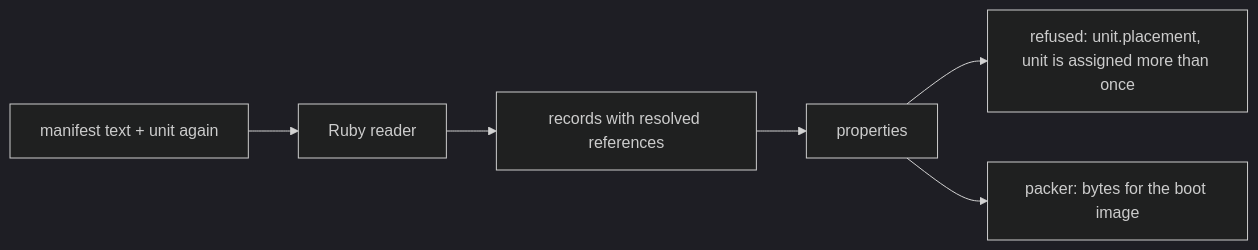
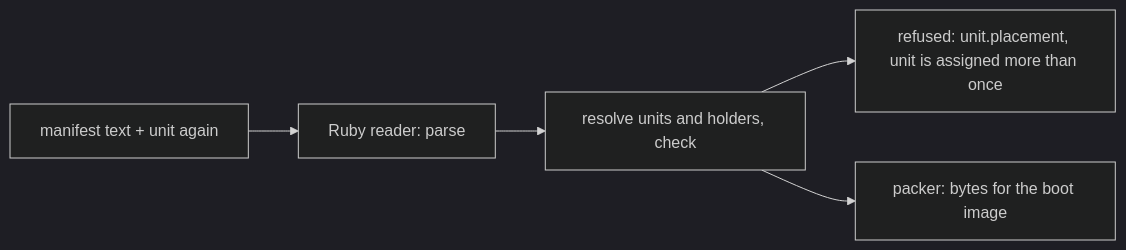
One commit to nshkrdotcom/erXos changed the second of 2 diagrams in docs/book/07-one-source.md. Above: the diagram before and after it, drawn with Mermaid (dark theme). The commit also changed other lines of this file, not shown here.

````diff
--- a/docs/book/07-one-source.md
+++ b/docs/book/07-one-source.md
@@ -622,8 +555,7 @@
 ```mermaid
 flowchart LR
-  text["manifest text + unit again"] --> reader["Ruby reader"]
-  reader --> facts["records with resolved references"]
-  facts --> props["properties"]
-  props --> diag["refused: unit.placement, unit is assigned more than once"]
-  props --> pack["packer: bytes for the boot image"]
+  text["manifest text + unit again"] --> reader["Ruby reader: parse"]
+  reader --> resolve["resolve units and holders, check"]
+  resolve --> diag["refused: unit.placement, unit is assigned more than once"]
+  resolve --> pack["packer: bytes for the boot image"]
 ```
````
